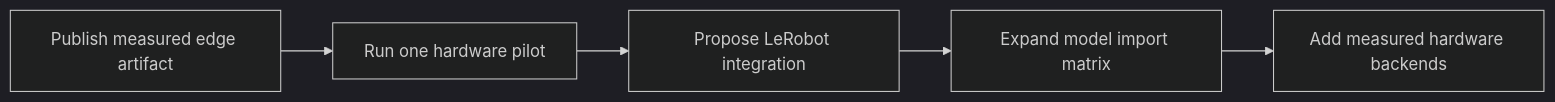
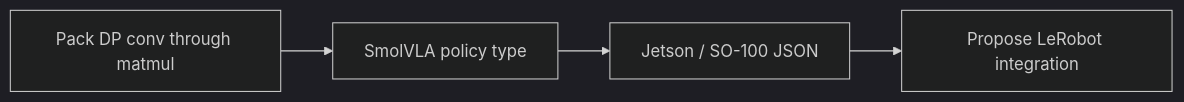
One commit to elprofesoriqo/FlowEdge changed the diagram in docs/product-direction.md. Above: the diagram before and after it, drawn with Mermaid (dark theme). The commit also changed other lines of this file and 8 other files, not shown here.

````diff
--- a/docs/product-direction.md
+++ b/docs/product-direction.md
@@ -33,7 +33,6 @@
 ```{mermaid}
 flowchart LR
-  P[Publish measured edge artifact] --> H[Run one hardware pilot]
-  H --> U[Propose LeRobot integration]
-  U --> M[Expand model import matrix]
-  M --> B[Add measured hardware backends]
+  P[Pack DP conv through matmul] --> S[SmolVLA policy type]
+  S --> J[Jetson / SO-100 JSON]
+  J --> U[Propose LeRobot integration]
 ```
````
